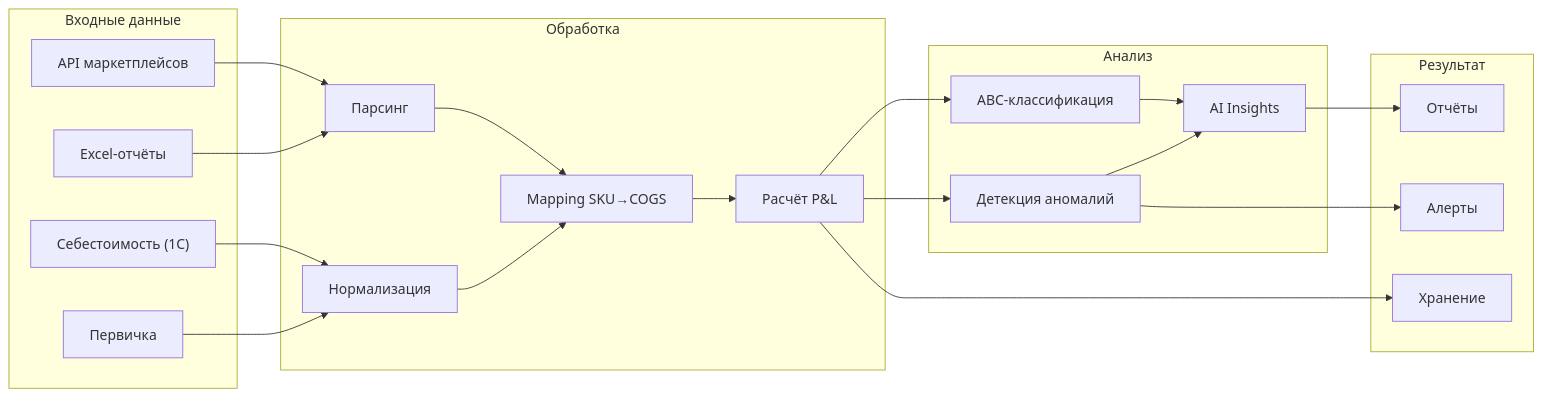
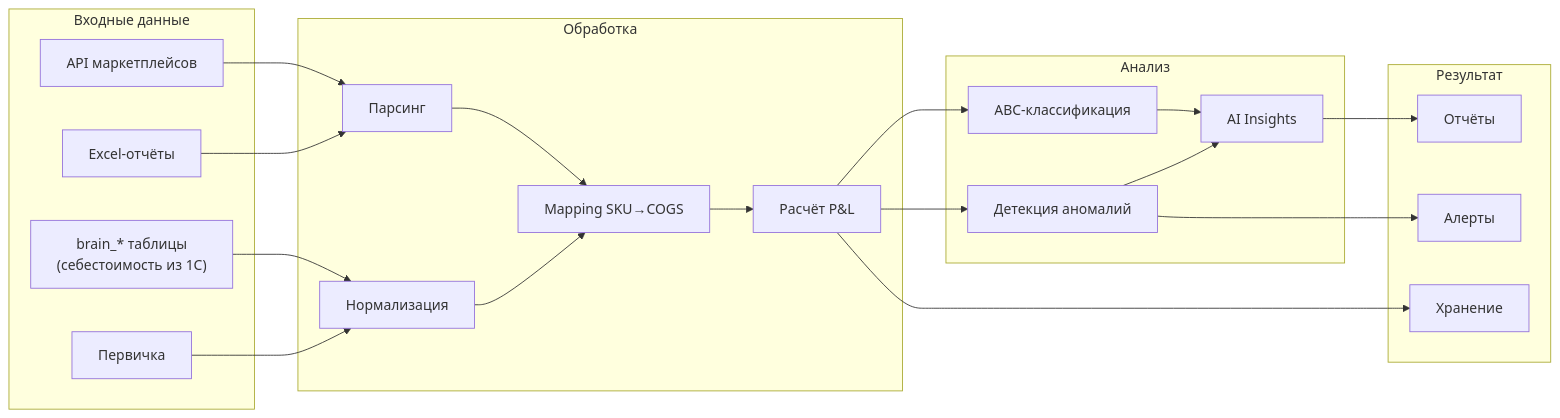
The second of 7 diagrams in cfo/adolf_cfo_1_architecture.md (Sign25/Docs), drawn with Mermaid before and after one commit. The commit also changed other lines of this file, not shown here.

Commit message:
CFO Раздел 1: Architecture v2.0 — brain_* VIEW, удаление файлового обмена 1С

````diff
--- a/cfo/adolf_cfo_1_architecture.md
+++ b/cfo/adolf_cfo_1_architecture.md
@@ -160,46 +166,46 @@
 ```mermaid
 flowchart LR
     subgraph INPUT["Входные данные"]
         API_DATA["API маркетплейсов"]
         EXCEL_DATA["Excel-отчёты"]
-        COGS_DATA["Себестоимость (1С)"]
+        COGS_DATA["brain_* таблицы<br/>(себестоимость из 1С)"]
         PRIMARY["Первичка"]
     end
 
     subgraph PROCESS["Обработка"]
         PARSE["Парсинг"]
         NORMALIZE["Нормализация"]
         MAP["Mapping SKU→COGS"]
         CALCULATE["Расчёт P&L"]
     end
 
     subgraph ANALYZE["Анализ"]
         ABC_CALC["ABC-классификация"]
         ANOMALY["Детекция аномалий"]
         AI_GEN["AI Insights"]
     end
 
     subgraph OUTPUT["Результат"]
         REPORTS["Отчёты"]
         ALERTS["Алерты"]
         STORAGE["Хранение"]
     end
 
     API_DATA --> PARSE
     EXCEL_DATA --> PARSE
     COGS_DATA --> NORMALIZE
     PRIMARY --> NORMALIZE
     
     PARSE --> MAP
     NORMALIZE --> MAP
     MAP --> CALCULATE
     
     CALCULATE --> ABC_CALC
     CALCULATE --> ANOMALY
     ABC_CALC --> AI_GEN
     ANOMALY --> AI_GEN
     
     AI_GEN --> REPORTS
     ANOMALY --> ALERTS
     CALCULATE --> STORAGE
 ```
````
